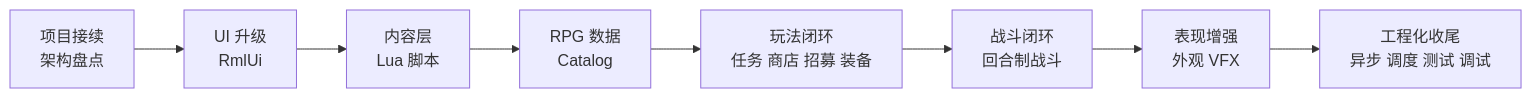
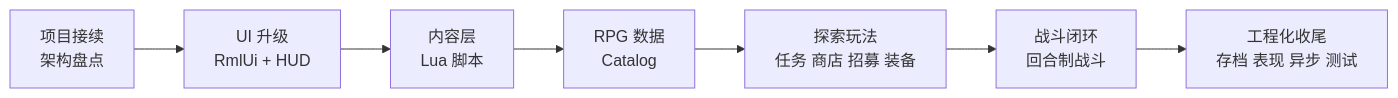
One commit to WispSnow/TinyFarmRPG changed the diagram in lecture_plans/tinyfarmrpg-course-outline.md. Above: the diagram before and after it, drawn with Mermaid. The commit also changed other lines of this file, not shown here.

````diff
--- a/lecture_plans/tinyfarmrpg-course-outline.md
+++ b/lecture_plans/tinyfarmrpg-course-outline.md
@@ -30,10 +34,9 @@
 ```mermaid
 flowchart LR
-    A["项目接续<br/>架构盘点"] --> B["UI 升级<br/>RmlUi"]
+    A["项目接续<br/>架构盘点"] --> B["UI 升级<br/>RmlUi + HUD"]
     B --> C["内容层<br/>Lua 脚本"]
     C --> D["RPG 数据<br/>Catalog"]
-    D --> E["玩法闭环<br/>任务 商店 招募 装备"]
+    D --> E["探索玩法<br/>任务 商店 招募 装备"]
     E --> F["战斗闭环<br/>回合制战斗"]
-    F --> G["表现增强<br/>外观 VFX"]
-    G --> H["工程化收尾<br/>异步 调度 测试 调试"]
+    F --> G["工程化收尾<br/>存档 表现 异步 测试"]
 ```
````
